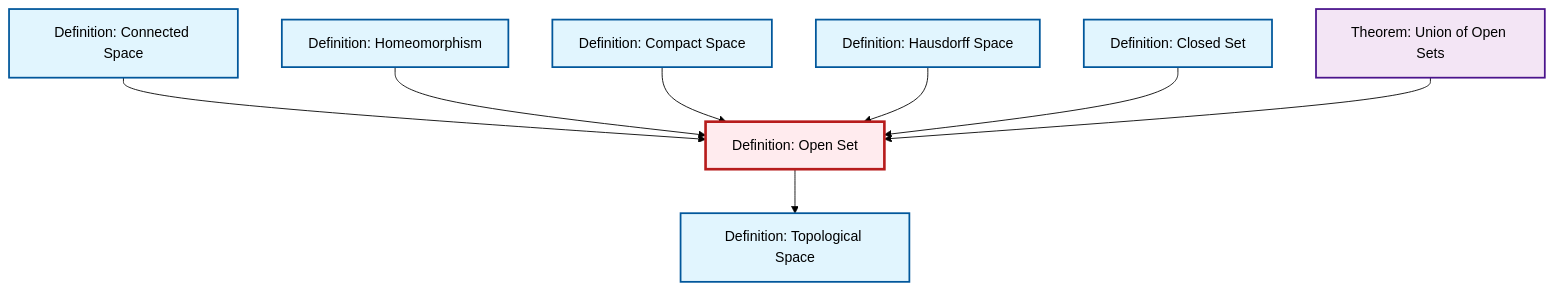
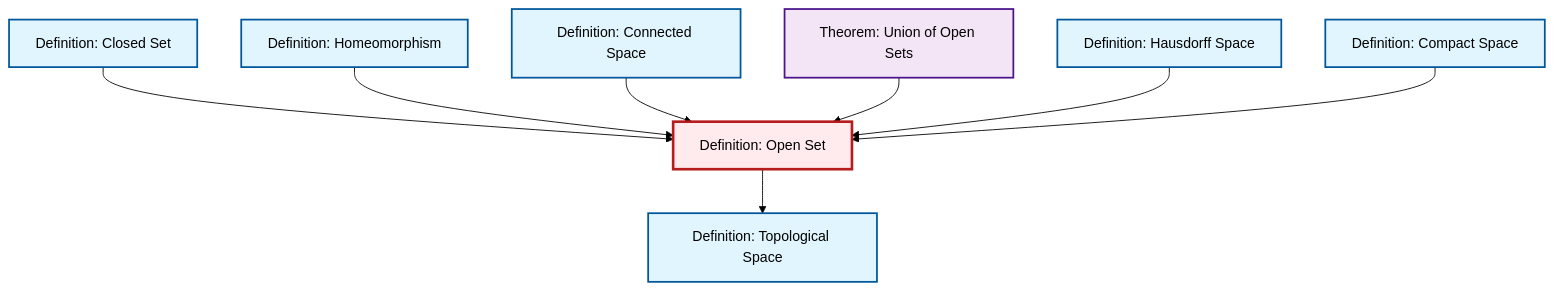
Before and after one commit to RK0429/ModernMath: the diagram in content/en/topology/def-open-set.qmd, drawn with Mermaid (forest theme). The commit also changed other lines of this file and 581 other files, not shown here.

````diff
--- a/content/en/topology/def-open-set.qmd
+++ b/content/en/topology/def-open-set.qmd
@@ -53,32 +53,32 @@
 ```{mermaid}
 %%| fig-cap: "Local dependency graph"
 graph TD
     classDef definition fill:#e1f5fe,stroke:#01579b,stroke-width:2px
     classDef theorem fill:#f3e5f5,stroke:#4a148c,stroke-width:2px
     classDef axiom fill:#fff3e0,stroke:#e65100,stroke-width:2px
     classDef example fill:#e8f5e9,stroke:#1b5e20,stroke-width:2px
     classDef current fill:#ffebee,stroke:#b71c1c,stroke-width:3px
-    thm-union-open-sets["Theorem: Union of Open Sets"]:::theorem
-    def-hausdorff["Definition: Hausdorff Space"]:::definition
     def-connected["Definition: Connected Space"]:::definition
     def-compact["Definition: Compact Space"]:::definition
+    def-closed-set["Definition: Closed Set"]:::definition
+    def-hausdorff["Definition: Hausdorff Space"]:::definition
     def-open-set["Definition: Open Set"]:::definition
+    thm-union-open-sets["Theorem: Union of Open Sets"]:::theorem
     def-topological-space["Definition: Topological Space"]:::definition
-    def-closed-set["Definition: Closed Set"]:::definition
     def-homeomorphism["Definition: Homeomorphism"]:::definition
+    def-closed-set --> def-open-set
+    def-homeomorphism --> def-open-set
     def-connected --> def-open-set
+    thm-union-open-sets --> def-open-set
+    def-hausdorff --> def-open-set
+    def-compact --> def-open-set
     def-open-set --> def-topological-space
-    def-homeomorphism --> def-open-set
-    def-compact --> def-open-set
-    def-hausdorff --> def-open-set
-    def-closed-set --> def-open-set
-    thm-union-open-sets --> def-open-set
     class def-open-set current
-    click thm-union-open-sets "thm-union-open-sets.html" "Go to Union of Open Sets theorem"
-    click def-hausdorff "def-hausdorff.html" "Go to Hausdorff Space definition"
     click def-connected "def-connected.html" "Go to Connected Space definition"
     click def-compact "def-compact.html" "Go to Compact Space definition"
+    click def-closed-set "def-closed-set.html" "Go to Closed Set definition"
+    click def-hausdorff "def-hausdorff.html" "Go to Hausdorff Space definition"
+    click thm-union-open-sets "thm-union-open-sets.html" "Go to Union of Open Sets theorem"
     click def-topological-space "def-topological-space.html" "Go to Topological Space definition"
-    click def-closed-set "def-closed-set.html" "Go to Closed Set definition"
     click def-homeomorphism "def-homeomorphism.html" "Go to Homeomorphism definition"
 ```
````
